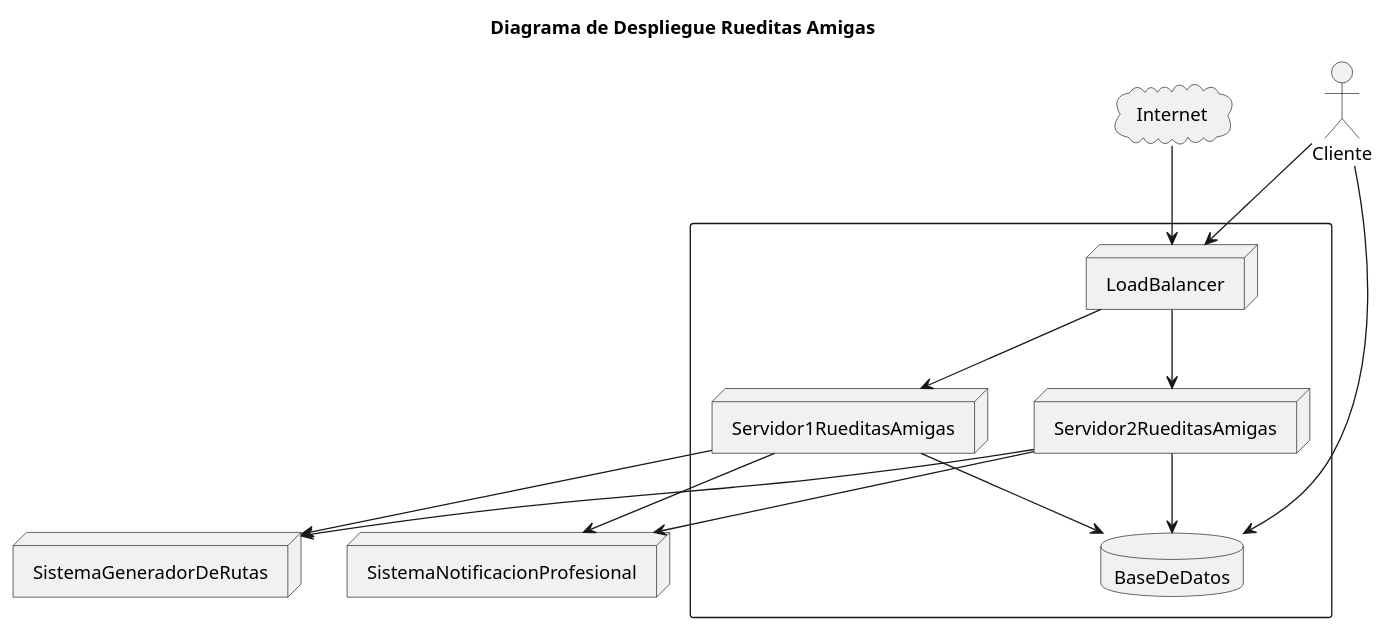
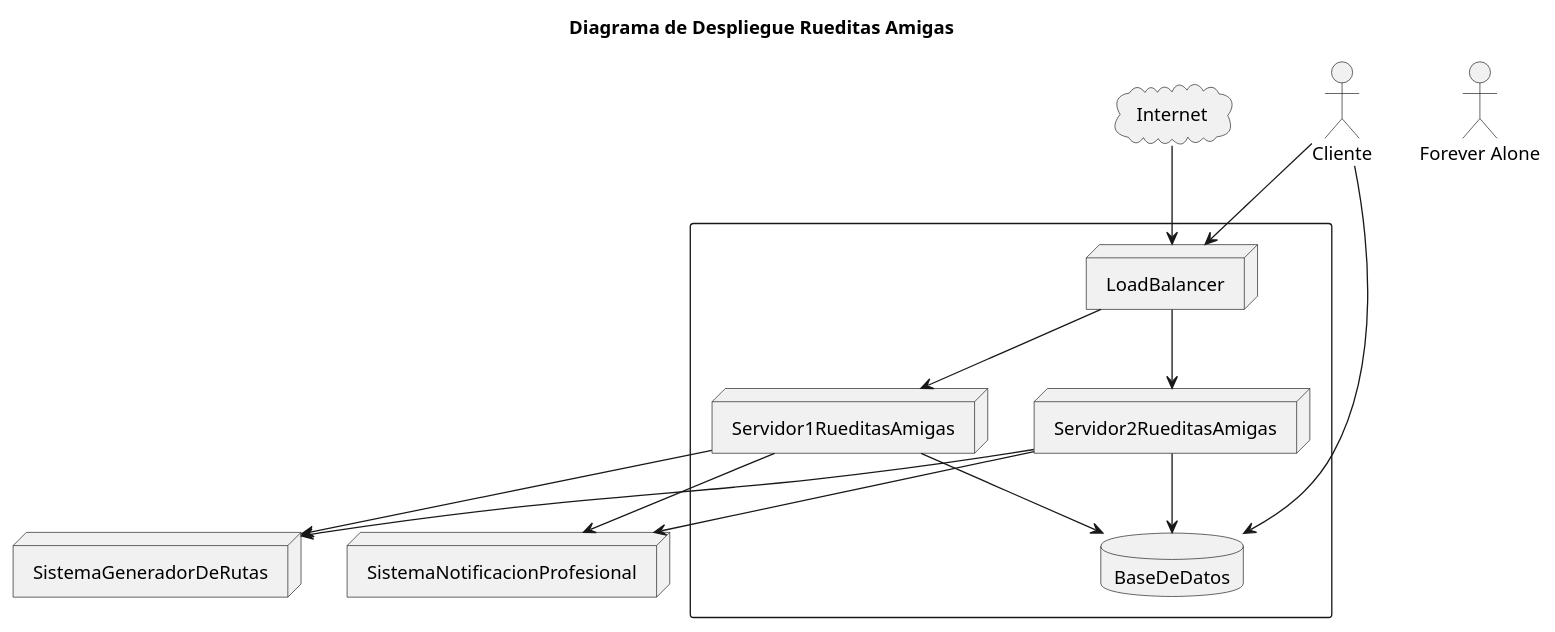
Before and after one commit to lrizzitano/RueditasAmigasDespliegue: the diagram in diagrams/DiagramaDeDespliegue.puml, drawn with PlantUML.

Commit message:
pruebo actor suelto

```diff
--- a/diagrams/DiagramaDeDespliegue.puml
+++ b/diagrams/DiagramaDeDespliegue.puml
@@ -1,32 +1,33 @@
 @startuml
 'https://plantuml.com/deployment-diagram
 
 title Diagrama de Despliegue Rueditas Amigas
 
 node "SistemaGeneradorDeRutas"
 actor "Cliente"
+actor "Forever Alone"
 cloud "Internet"
 node "SistemaNotificacionProfesional"
 
 
 rectangle  {
 node "LoadBalancer"
 node "Servidor1RueditasAmigas"
 node "Servidor2RueditasAmigas"
 database "BaseDeDatos"
 }
 
 "LoadBalancer" --> "Servidor1RueditasAmigas"
 "LoadBalancer" --> "Servidor2RueditasAmigas"
 "Servidor1RueditasAmigas" --> "BaseDeDatos"
 "Servidor2RueditasAmigas" --> "BaseDeDatos"
 "Servidor1RueditasAmigas" --> "SistemaNotificacionProfesional"
 "Servidor2RueditasAmigas" --> "SistemaNotificacionProfesional"
 "Servidor1RueditasAmigas" --> "SistemaGeneradorDeRutas"
 "Servidor2RueditasAmigas" --> "SistemaGeneradorDeRutas"
 "Cliente" --> "LoadBalancer"
 "Cliente" --> "BaseDeDatos"
 "Internet" --> "LoadBalancer"
 
 
 @enduml
```
